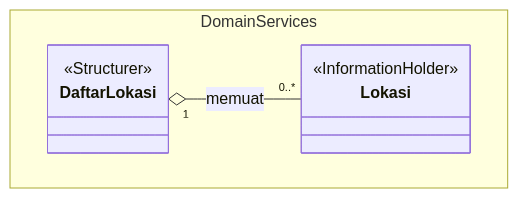
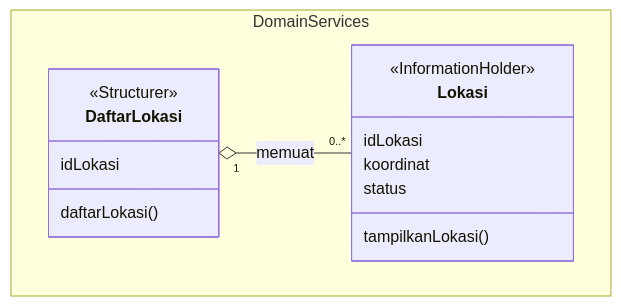
One commit to star-scripter/IF2150-RPL-K03-G02 changed the fourth of 9 diagrams in docs/M4/K03_G02_CD.md. Above: the diagram before and after it, drawn with Mermaid. The commit also changed other lines of this file, not shown here.

Commit message:
docs: add attributes and operations to mermaid diagram

````diff
--- a/docs/M4/K03_G02_CD.md
+++ b/docs/M4/K03_G02_CD.md
@@ -483,15 +521,21 @@
 ```mermaid
 classDiagram
     direction TB
 
     namespace DomainServices {
         class DaftarLokasi {
+            idLokasi
+            daftarLokasi()
         }
         class Lokasi {
+            idLokasi
+            koordinat
+            status
+            tampilkanLokasi()
         }
     }
     <<Structurer>> DaftarLokasi
     <<InformationHolder>> Lokasi
 
     DaftarLokasi "1" o-- "0..*" Lokasi : memuat
 ```
````
